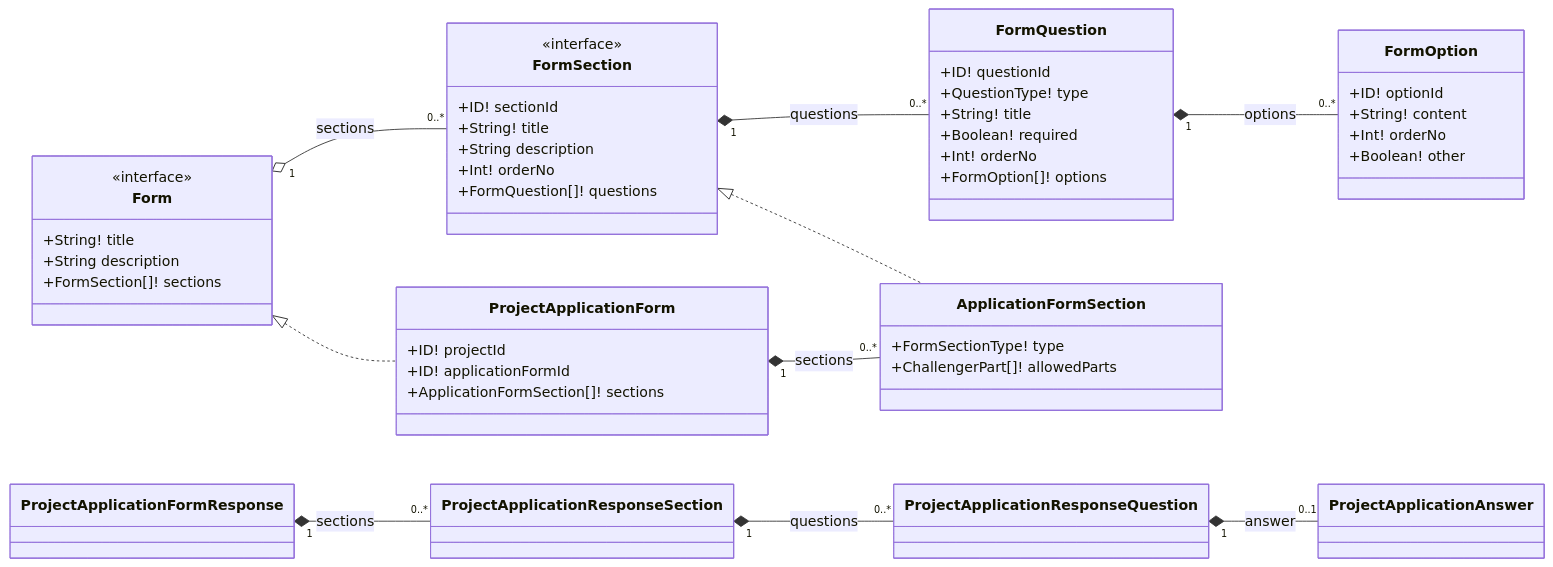
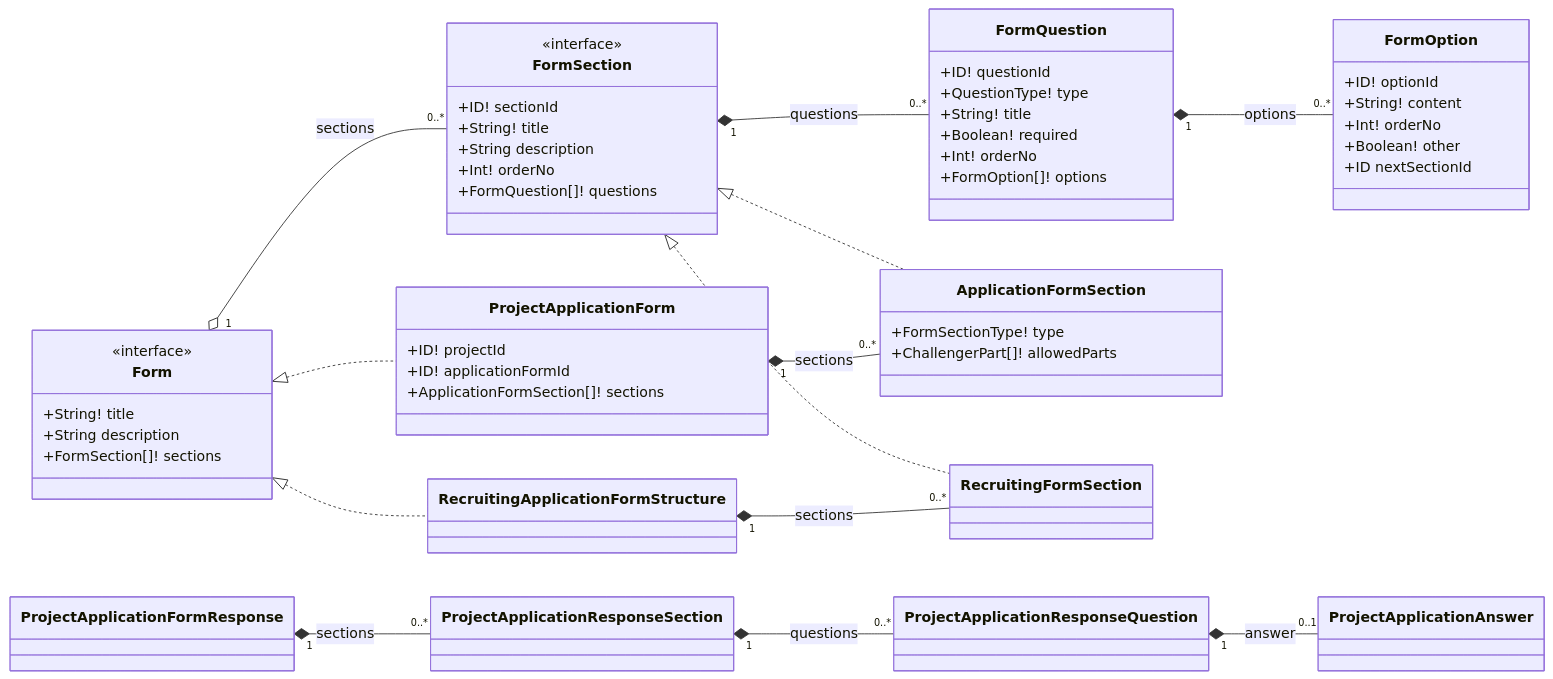
The second of 3 diagrams in docs/graphql-schema.md (UMC-PRODUCT/cygnus-server), drawn with Mermaid before and after one commit. The commit also changed other lines of this file and 12 other files, not shown here.

Commit message:
refactor: 리크루팅 schema를 공통 IDL 계약에 통합

````diff
--- a/docs/graphql-schema.md
+++ b/docs/graphql-schema.md
@@ -33,56 +38,62 @@
 ```mermaid
 classDiagram
   direction LR
 
   class Form {
     <<interface>>
     +String! title
     +String description
     +FormSection[]! sections
   }
   class FormSection {
     <<interface>>
     +ID! sectionId
     +String! title
     +String description
     +Int! orderNo
     +FormQuestion[]! questions
   }
   class FormQuestion {
     +ID! questionId
     +QuestionType! type
     +String! title
     +Boolean! required
     +Int! orderNo
     +FormOption[]! options
   }
   class FormOption {
     +ID! optionId
     +String! content
     +Int! orderNo
     +Boolean! other
+    +ID nextSectionId
   }
   class ProjectApplicationForm {
     +ID! projectId
     +ID! applicationFormId
     +ApplicationFormSection[]! sections
   }
   class ApplicationFormSection {
     +FormSectionType! type
     +ChallengerPart[]! allowedParts
   }
+  class RecruitingApplicationFormStructure
+  class RecruitingFormSection
   class ProjectApplicationFormResponse
   class ProjectApplicationResponseSection
   class ProjectApplicationResponseQuestion
   class ProjectApplicationAnswer
 
   Form <|.. ProjectApplicationForm
   FormSection <|.. ApplicationFormSection
+  Form <|.. RecruitingApplicationFormStructure
+  FormSection <|.. RecruitingFormSection
   Form "1" o-- "0..*" FormSection : sections
   FormSection "1" *-- "0..*" FormQuestion : questions
   FormQuestion "1" *-- "0..*" FormOption : options
   ProjectApplicationForm "1" *-- "0..*" ApplicationFormSection : sections
+  RecruitingApplicationFormStructure "1" *-- "0..*" RecruitingFormSection : sections
   ProjectApplicationFormResponse "1" *-- "0..*" ProjectApplicationResponseSection : sections
   ProjectApplicationResponseSection "1" *-- "0..*" ProjectApplicationResponseQuestion : questions
   ProjectApplicationResponseQuestion "1" *-- "0..1" ProjectApplicationAnswer : answer
 ```
````
